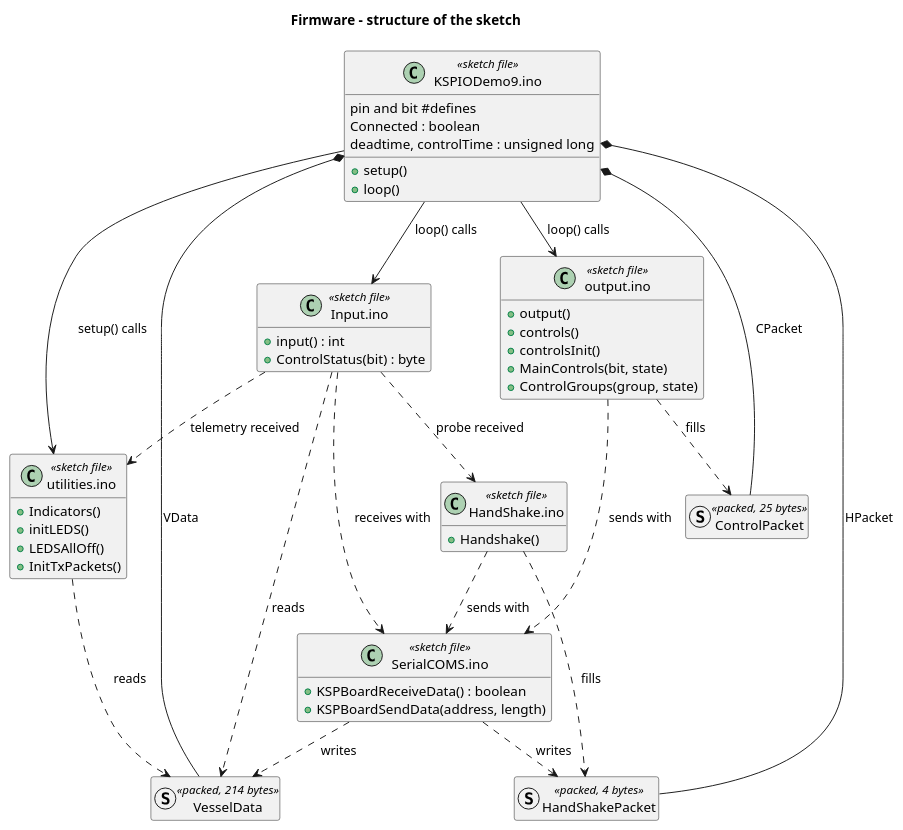
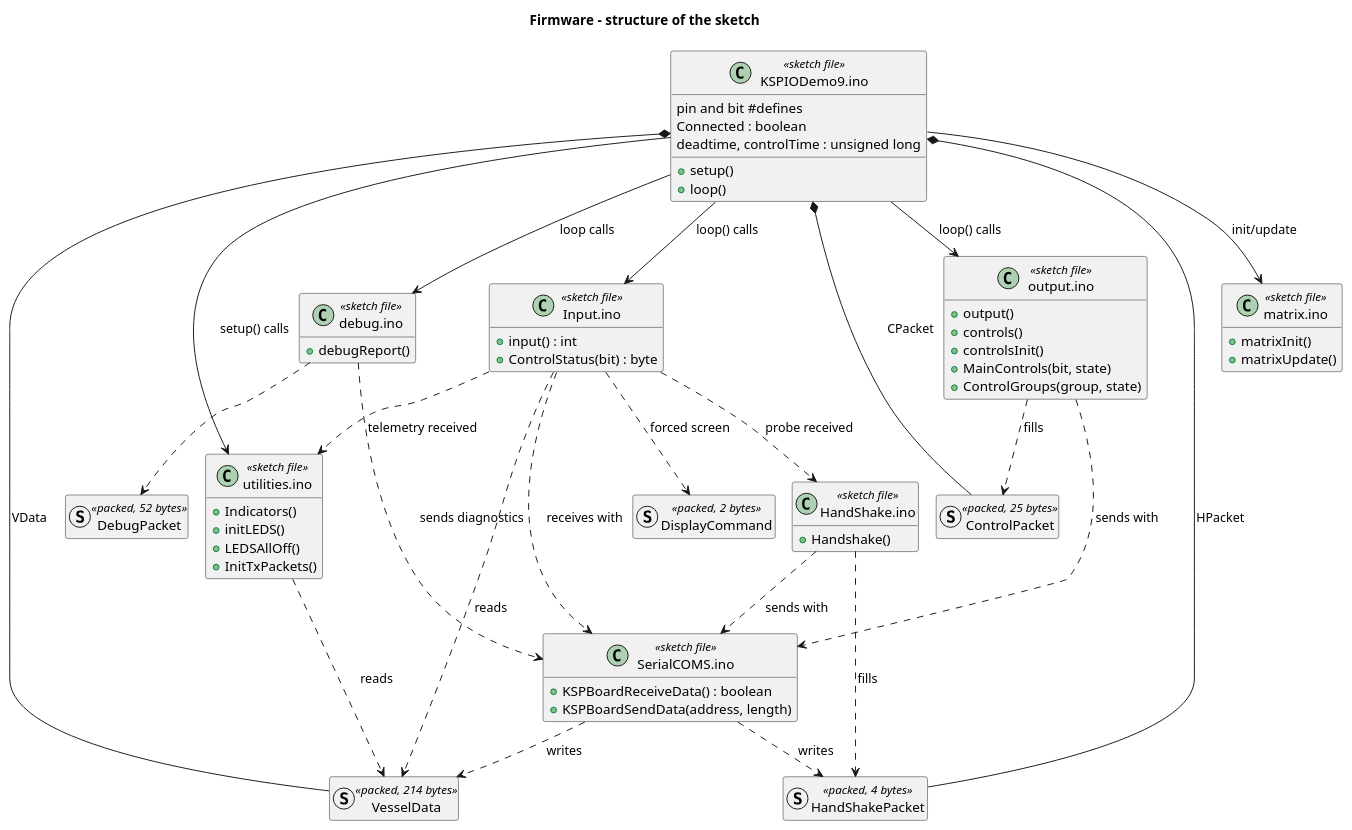
Before and after one commit to AlaNLrdE/KSPKontroller: the diagram in docs/diagrams/classes_firmware.puml, drawn with PlantUML. The commit also changed 43 other files, not shown here.

```diff
--- a/docs/diagrams/classes_firmware.puml
+++ b/docs/diagrams/classes_firmware.puml
@@ -1,65 +1,80 @@
 @startuml classes_firmware
 title Firmware - structure of the sketch
 !pragma layout smetana
 hide empty members
 
 class "KSPIODemo9.ino" as Main <<sketch file>> {
   +setup()
   +loop()
   pin and bit #defines
   Connected : boolean
   deadtime, controlTime : unsigned long
 }
 
 class "Input.ino" as Input <<sketch file>> {
   +input() : int
   +ControlStatus(bit) : byte
 }
 
 class "output.ino" as Output <<sketch file>> {
   +output()
   +controls()
   +controlsInit()
   +MainControls(bit, state)
   +ControlGroups(group, state)
 }
 
 class "SerialCOMS.ino" as Serial <<sketch file>> {
   +KSPBoardReceiveData() : boolean
   +KSPBoardSendData(address, length)
 }
 
 class "HandShake.ino" as HandShake <<sketch file>> {
   +Handshake()
 }
 
 class "utilities.ino" as Util <<sketch file>> {
   +Indicators()
   +initLEDS()
   +LEDSAllOff()
   +InitTxPackets()
 }
 
+class "matrix.ino" as Matrix <<sketch file>> {
+  +matrixInit()
+  +matrixUpdate()
+}
+class "debug.ino" as Debug <<sketch file>> {
+  +debugReport()
+}
+struct DebugPacket <<packed, 52 bytes>>
+struct DisplayCommand <<packed, 2 bytes>>
+Main --> Matrix : init/update
+Main --> Debug : loop calls
+Debug ..> Serial : sends diagnostics
+Debug ..> DebugPacket
+Input ..> DisplayCommand : forced screen
+
 struct VesselData <<packed, 214 bytes>>
 struct ControlPacket <<packed, 25 bytes>>
 struct HandShakePacket <<packed, 4 bytes>>
 
 Main --> Input : loop() calls
 Main --> Output : loop() calls
 Main --> Util : setup() calls
 Main *-- VesselData : VData
 Main *-- ControlPacket : CPacket
 Main *-- HandShakePacket : HPacket
 
 Input ..> Serial : receives with
 Input ..> HandShake : probe received
 Input ..> Util : telemetry received
 Input ..> VesselData : reads
 Output ..> Serial : sends with
 Output ..> ControlPacket : fills
 HandShake ..> HandShakePacket : fills
 HandShake ..> Serial : sends with
 Util ..> VesselData : reads
 Serial ..> VesselData : writes
 Serial ..> HandShakePacket : writes
 @enduml
```
